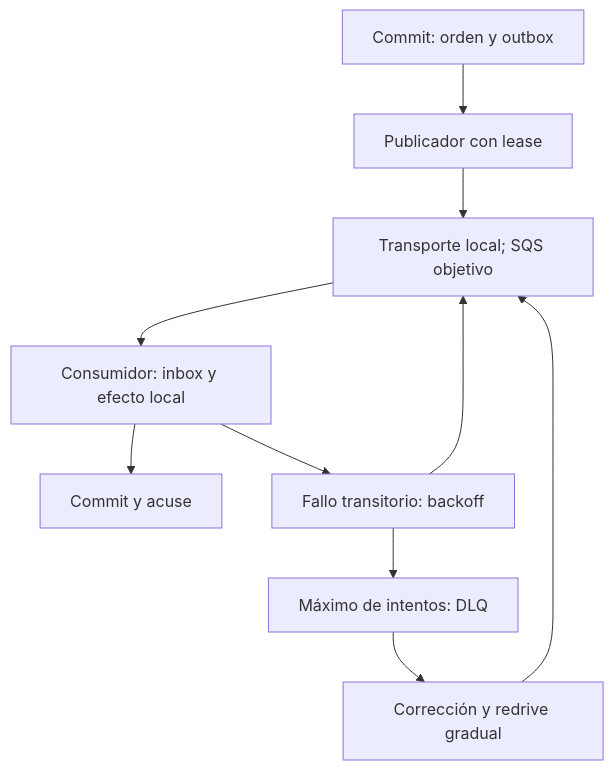
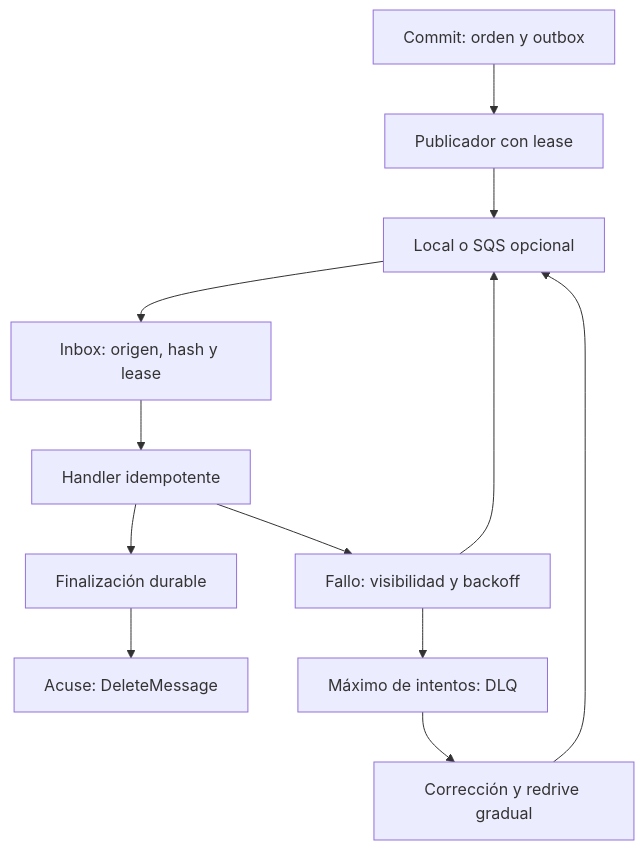
The diagram in diagrams/09-events.mmd (Arukado01/vortexbird-documentation), drawn with Mermaid before and after one commit. The commit also changed 25 other files, not shown here.

```diff
--- a/diagrams/09-events.mmd
+++ b/diagrams/09-events.mmd
@@ -1,10 +1,12 @@
 flowchart TD
   tx["Commit: orden y outbox"] --> publish["Publicador con lease"]
-  publish --> transport["Transporte local; SQS objetivo"]
-  transport --> inbox["Consumidor: inbox y efecto local"]
-  inbox --> ack["Commit y acuse"]
-  inbox --> retry["Fallo transitorio: backoff"]
+  publish --> transport["Local o SQS opcional"]
+  transport --> inbox["Inbox: origen, hash y lease"]
+  inbox --> handler["Handler idempotente"]
+  handler --> complete["Finalización durable"]
+  complete --> ack["Acuse: DeleteMessage"]
+  handler --> retry["Fallo: visibilidad y backoff"]
   retry --> transport
   retry --> dlq["Máximo de intentos: DLQ"]
   dlq --> repair["Corrección y redrive gradual"]
   repair --> transport
```
